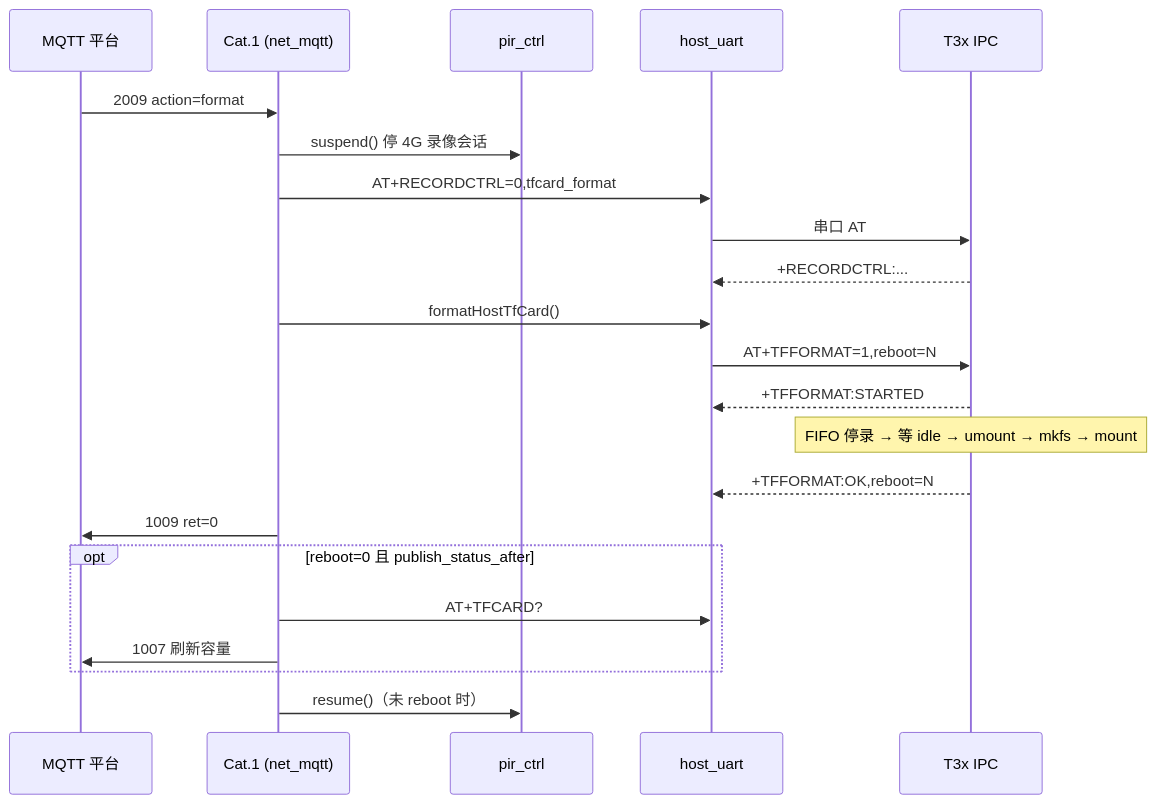
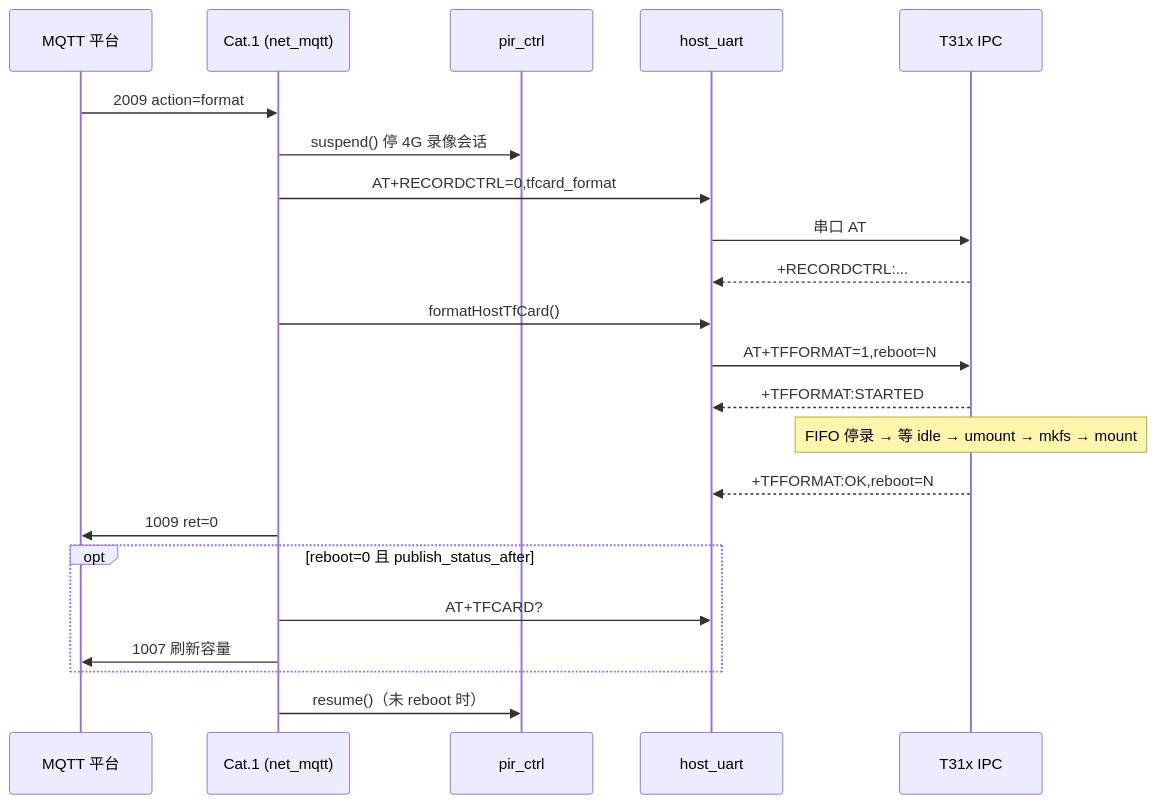
The diagram in doc/mqtt_tfcard_format_flow.md (dzr1986/AIR780EHM), drawn with Mermaid before and after one commit. The commit also changed other lines of this file and 402 other files, not shown here.

````diff
--- a/doc/mqtt_tfcard_format_flow.md
+++ b/doc/mqtt_tfcard_format_flow.md
@@ -11,25 +11,25 @@
 ```mermaid
 sequenceDiagram
     participant Cloud as MQTT 平台
     participant Cat1 as Cat.1 (net_mqtt)
     participant PIR as pir_ctrl
     participant UART as host_uart
-    participant T3x as T3x IPC
+    participant T31x as T31x IPC
 
     Cloud->>Cat1: 2009 action=format
     Cat1->>PIR: suspend() 停 4G 录像会话
     Cat1->>UART: AT+RECORDCTRL=0,tfcard_format
-    UART->>T3x: 串口 AT
-    T3x-->>UART: +RECORDCTRL:...
+    UART->>T31x: 串口 AT
+    T31x-->>UART: +RECORDCTRL:...
     Cat1->>UART: formatHostTfCard()
-    UART->>T3x: AT+TFFORMAT=1,reboot=N
-    T3x-->>UART: +TFFORMAT:STARTED
-    Note over T3x: FIFO 停录 → 等 idle → umount → mkfs → mount
-    T3x-->>UART: +TFFORMAT:OK,reboot=N
+    UART->>T31x: AT+TFFORMAT=1,reboot=N
+    T31x-->>UART: +TFFORMAT:STARTED
+    Note over T31x: FIFO 停录 → 等 idle → umount → mkfs → mount
+    T31x-->>UART: +TFFORMAT:OK,reboot=N
     Cat1->>Cloud: 1009 ret=0
     opt reboot=0 且 publish_status_after
         Cat1->>UART: AT+TFCARD?
         Cat1->>Cloud: 1007 刷新容量
     end
     Cat1->>PIR: resume()（未 reboot 时）
 ```
````
